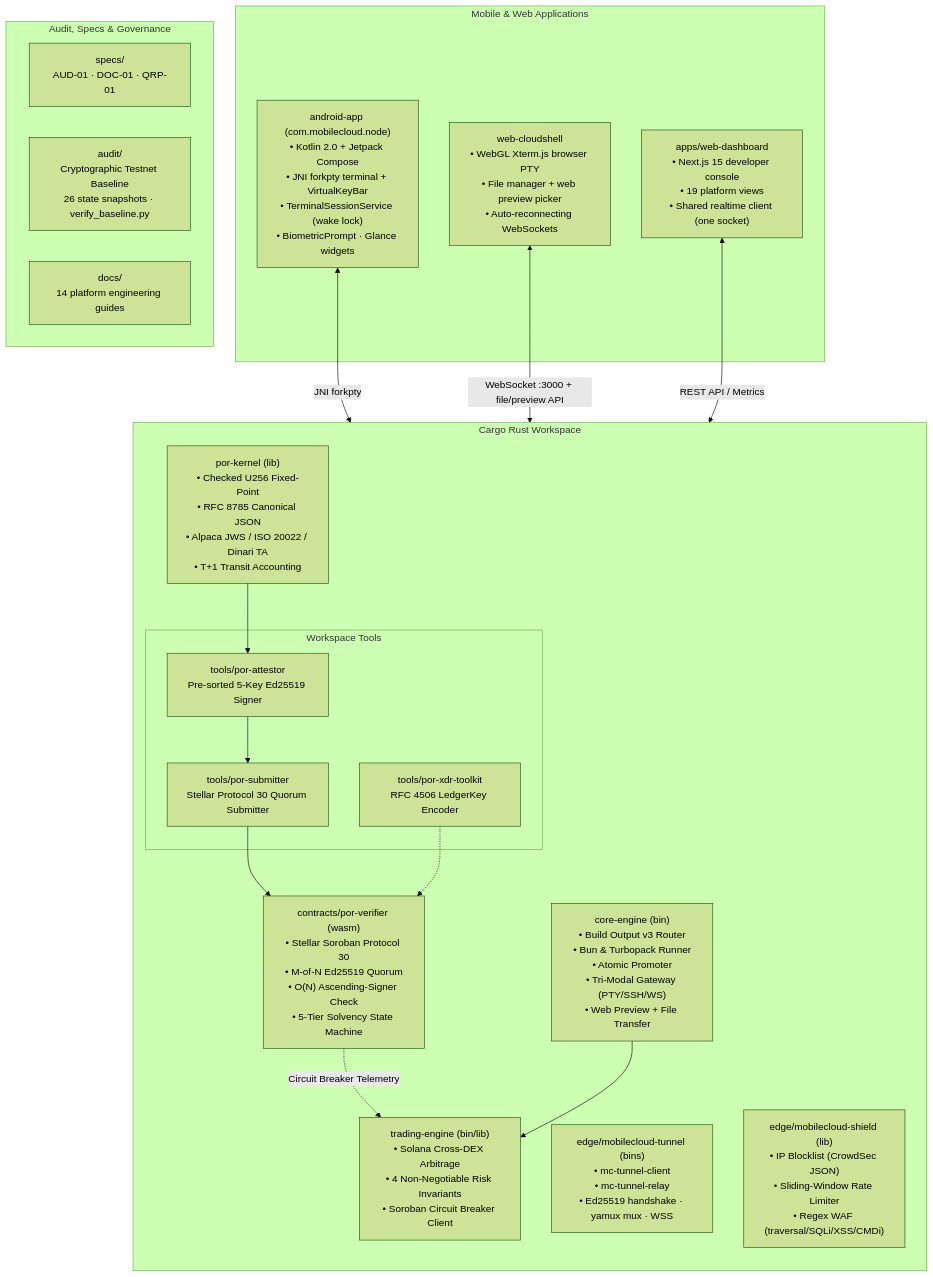
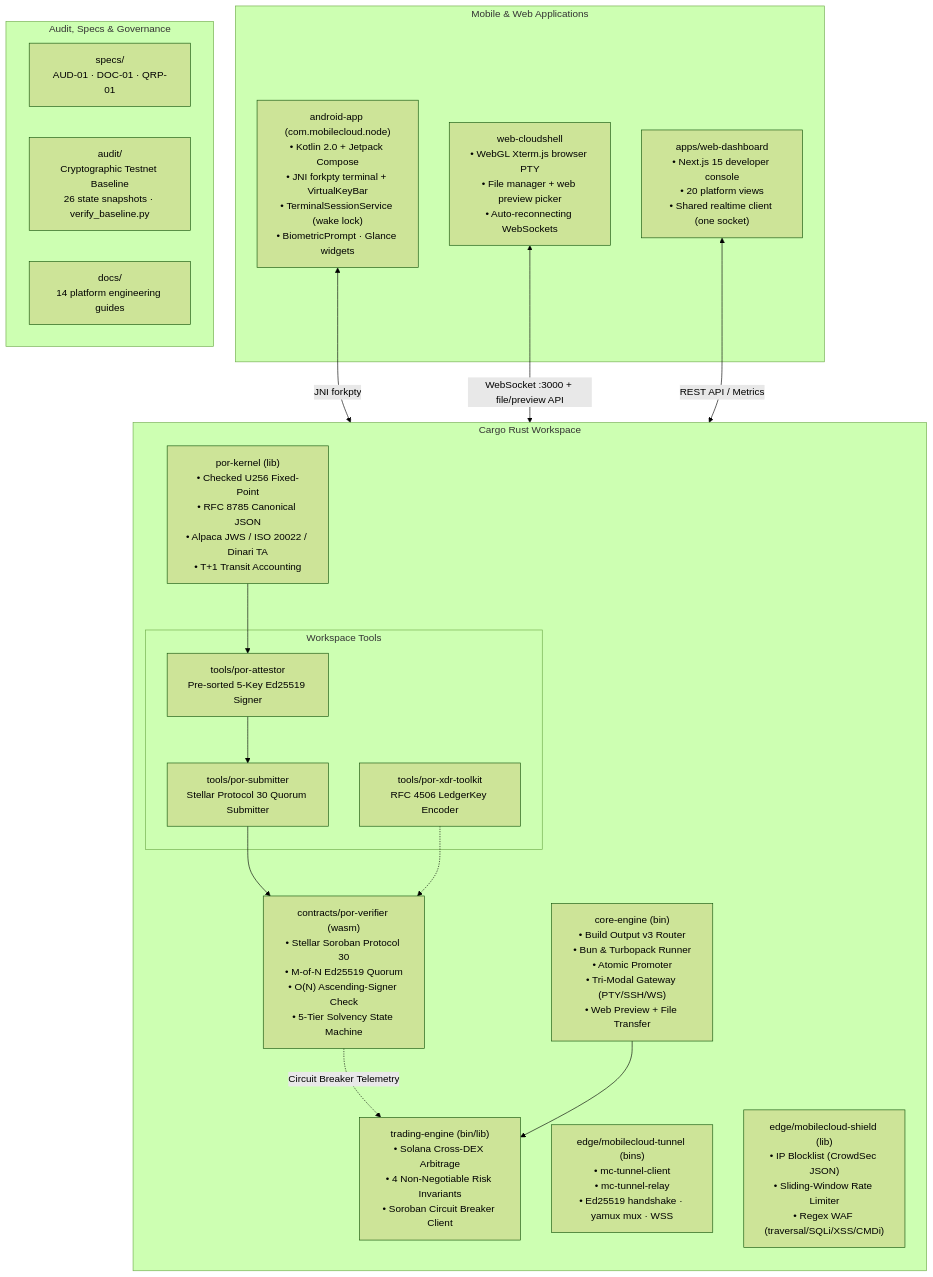
One commit to Ashutosh0x/mobilecloud-platform changed the third of 3 diagrams in README.md. Above: the diagram before and after it, drawn with Mermaid (forest theme). The commit also changed other lines of this file and 25 other files, not shown here.

````diff
--- a/README.md
+++ b/README.md
@@ -330,40 +340,40 @@
 ```mermaid
 graph TD
     subgraph CargoWorkspace["Cargo Rust Workspace"]
         direction TB
         CORE["core-engine (bin)<br/>• Build Output v3 Router<br/>• Bun & Turbopack Runner<br/>• Atomic Promoter<br/>• Tri-Modal Gateway (PTY/SSH/WS)<br/>• Web Preview + File Transfer"]
         KERNEL["por-kernel (lib)<br/>• Checked U256 Fixed-Point<br/>• RFC 8785 Canonical JSON<br/>• Alpaca JWS / ISO 20022 / Dinari TA<br/>• T+1 Transit Accounting"]
         CONTRACT["contracts/por-verifier (wasm)<br/>• Stellar Soroban Protocol 30<br/>• M-of-N Ed25519 Quorum<br/>• O(N) Ascending-Signer Check<br/>• 5-Tier Solvency State Machine"]
         TRADING["trading-engine (bin/lib)<br/>• Solana Cross-DEX Arbitrage<br/>• 4 Non-Negotiable Risk Invariants<br/>• Soroban Circuit Breaker Client"]
         TUNNEL["edge/mobilecloud-tunnel (bins)<br/>• mc-tunnel-client<br/>• mc-tunnel-relay<br/>• Ed25519 handshake · yamux mux · WSS"]
         SHIELD["edge/mobilecloud-shield (lib)<br/>• IP Blocklist (CrowdSec JSON)<br/>• Sliding-Window Rate Limiter<br/>• Regex WAF (traversal/SQLi/XSS/CMDi)"]
 
         subgraph Tools["Workspace Tools"]
             ATTESTOR["tools/por-attestor<br/>Pre-sorted 5-Key Ed25519 Signer"]
             SUBMITTER["tools/por-submitter<br/>Stellar Protocol 30 Quorum Submitter"]
             XDRTOOL["tools/por-xdr-toolkit<br/>RFC 4506 LedgerKey Encoder"]
         end
     end
 
     subgraph AppPlane["Mobile & Web Applications"]
         ANDROID["android-app (com.mobilecloud.node)<br/>• Kotlin 2.0 + Jetpack Compose<br/>• JNI forkpty terminal + VirtualKeyBar<br/>• TerminalSessionService (wake lock)<br/>• BiometricPrompt · Glance widgets"]
-        DASHBOARD["apps/web-dashboard<br/>• Next.js 15 developer console<br/>• 19 platform views<br/>• Shared realtime client (one socket)"]
+        DASHBOARD["apps/web-dashboard<br/>• Next.js 15 developer console<br/>• 20 platform views<br/>• Shared realtime client (one socket)"]
         CLOUDSHELL["web-cloudshell<br/>• WebGL Xterm.js browser PTY<br/>• File manager + web preview picker<br/>• Auto-reconnecting WebSockets"]
     end
 
     subgraph ConfigAudit["Audit, Specs & Governance"]
         SPECS["specs/<br/>AUD-01 · DOC-01 · QRP-01"]
         AUDIT["audit/<br/>Cryptographic Testnet Baseline<br/>26 state snapshots · verify_baseline.py"]
         DOCS["docs/<br/>14 platform engineering guides"]
     end
 
     KERNEL --> ATTESTOR
     ATTESTOR --> SUBMITTER
     SUBMITTER --> CONTRACT
     XDRTOOL -.-> CONTRACT
     CONTRACT -.->|Circuit Breaker Telemetry| TRADING
     ANDROID <-->|JNI forkpty| CORE
     CLOUDSHELL <-->|WebSocket :3000 + file/preview API| CORE
     DASHBOARD <-->|REST API / Metrics| CORE
     CORE --> TRADING
 ```
````
